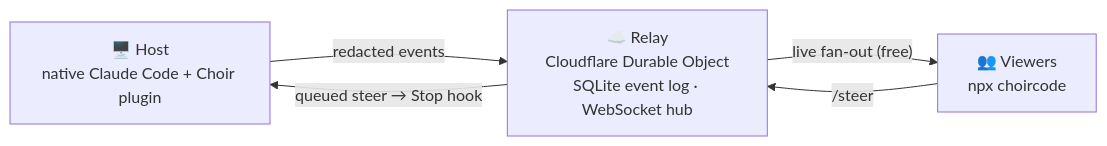
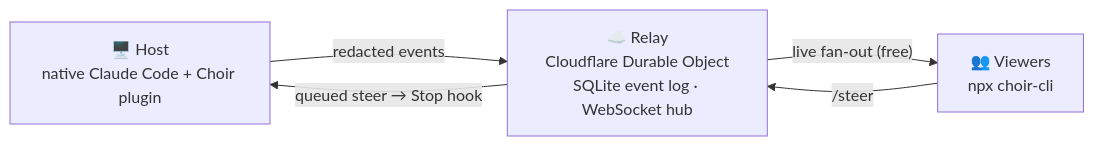
The diagram in README.md (huzaifakhan04/choir-cli), drawn with Mermaid before and after one commit. The commit also changed other lines of this file and 12 other files, not shown here.

First line of the commit message:
Rename CLI package to choir-cli with a 'choir' command

````diff
--- a/README.md
+++ b/README.md
@@ -84,10 +84,10 @@
 ```mermaid
 flowchart LR
     H["🖥️ Host<br/>native Claude Code + Choir plugin"]
     R["☁️ Relay<br/>Cloudflare Durable Object<br/>SQLite event log · WebSocket hub"]
-    V["👥 Viewers<br/>npx choircode"]
+    V["👥 Viewers<br/>npx choir-cli"]
     H -- "redacted events" --> R
     R -- "live fan-out (free)" --> V
     V -- "/steer" --> R
     R -- "queued steer → Stop hook" --> H
 ```
````
